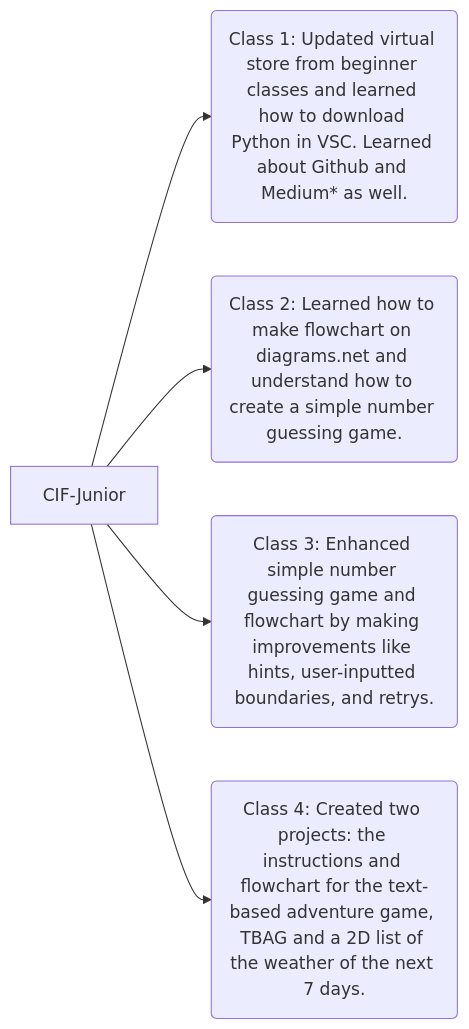
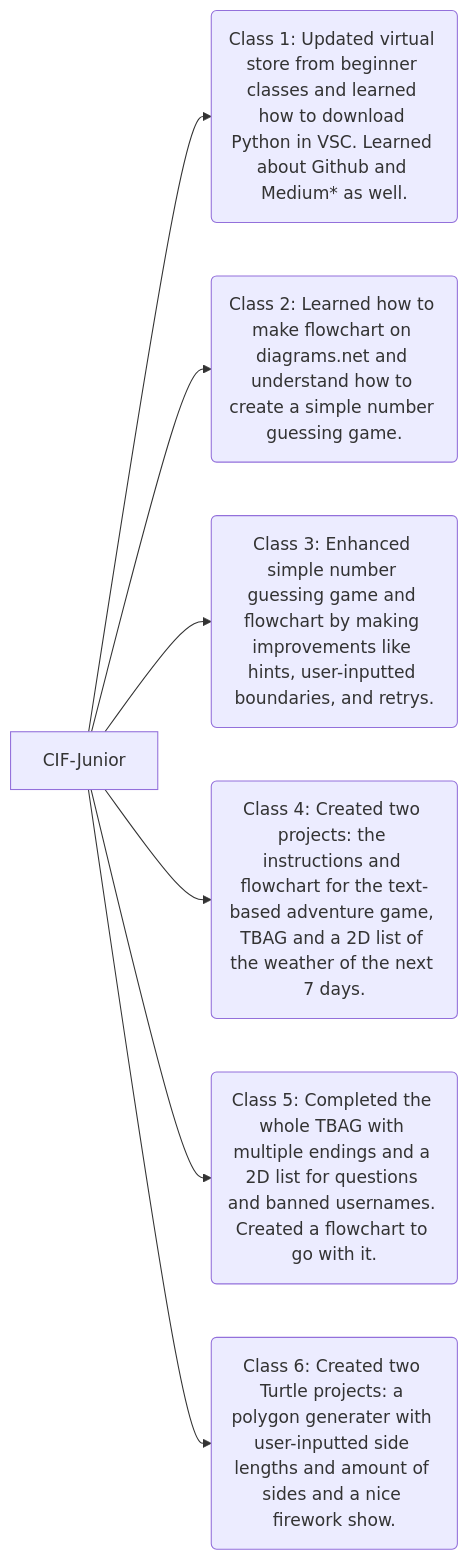
Before and after one commit to deoclabber/CIF-Junior: the diagram in README.md, drawn with Mermaid. The commit also changed other lines of this file, not shown here.

````diff
--- a/README.md
+++ b/README.md
@@ -10,8 +10,9 @@
 ```mermaid
 graph LR;
   A[CIF-Junior] --> B(Class 1: Updated virtual store from beginner classes and learned how to download Python in VSC. Learned about Github and Medium* as well.);
   A --> C(Class 2: Learned how to make flowchart on diagrams.net and understand how to create a simple number guessing game.);
   A --> D(Class 3: Enhanced simple number guessing game and flowchart by making improvements like hints, user-inputted boundaries, and retrys.);
   A --> E(Class 4: Created two projects: the instructions and flowchart for the text-based adventure game, TBAG and a 2D list of the weather of the next 7 days.);
-
+  A --> F(Class 5: Completed the whole TBAG with multiple endings and a 2D list for questions and banned usernames. Created a flowchart to go with it.);
+  A --> G(Class 6: Created two Turtle projects: a polygon generater with user-inputted side lengths and amount of sides and a nice firework show.);
 ```
````
